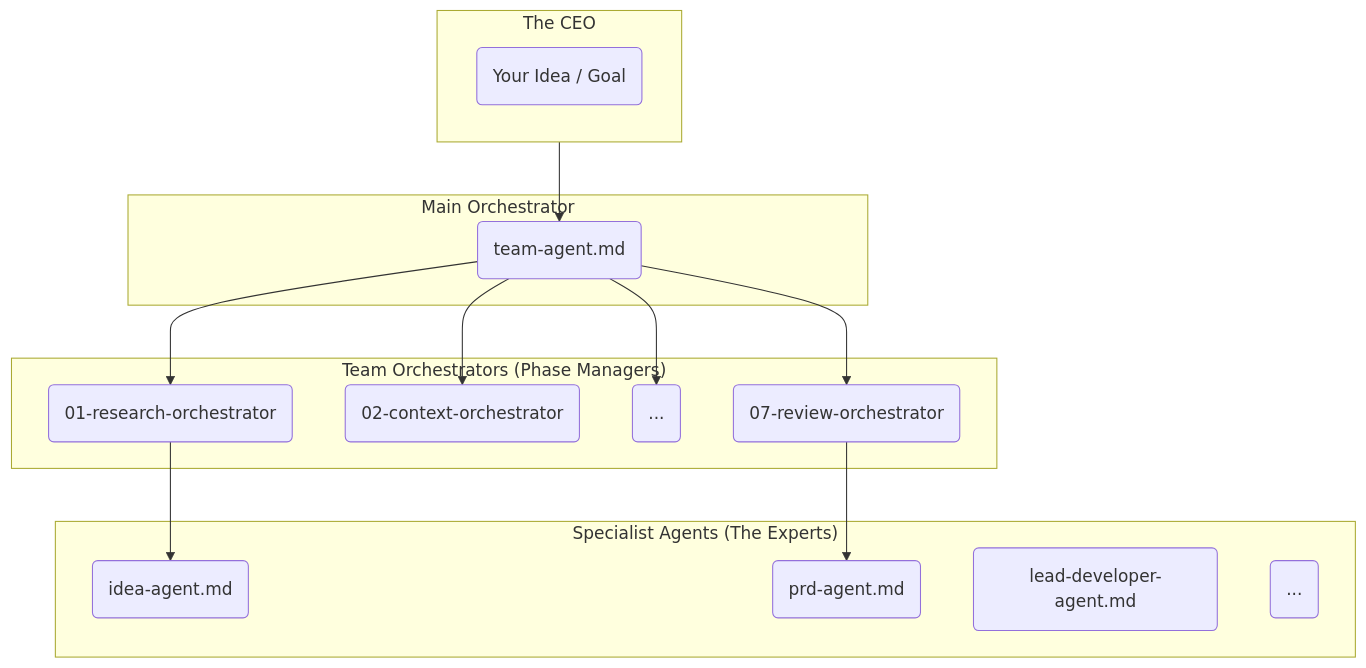
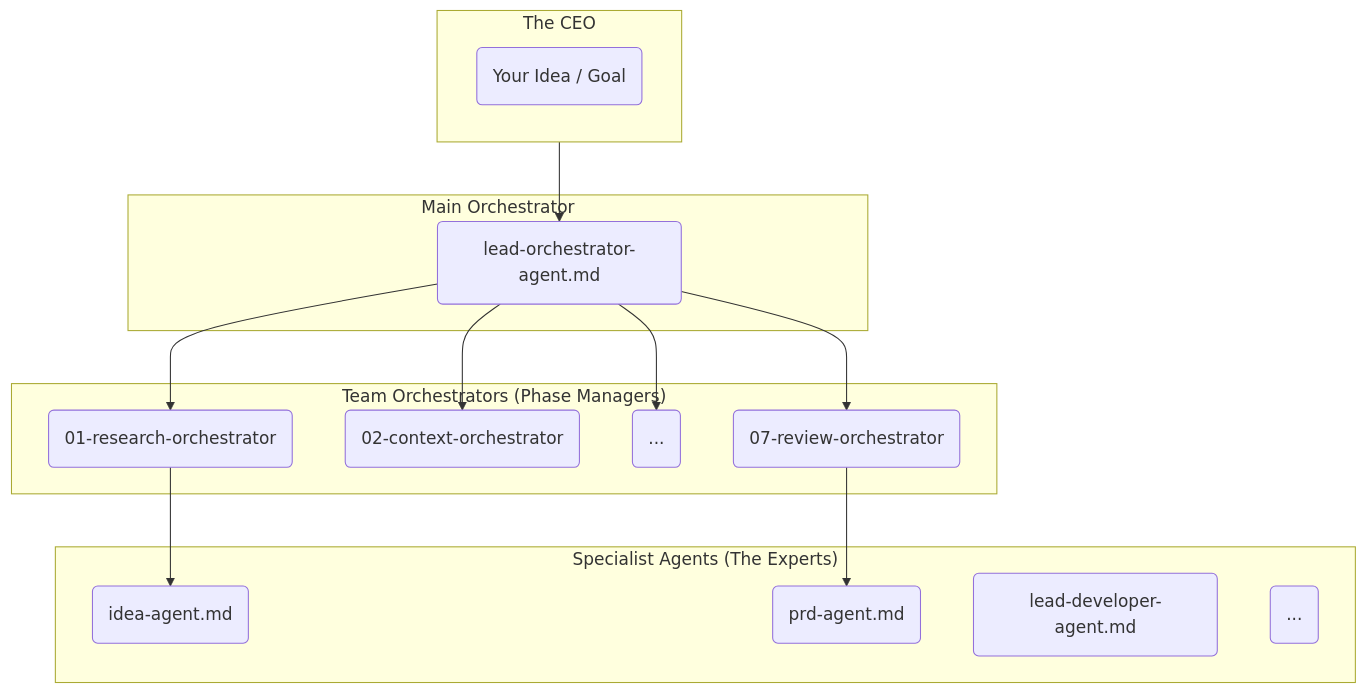
One commit to its-brianwithai/pew-pew-plx changed the first of 2 diagrams in README.md. Above: the diagram before and after it, drawn with Mermaid. The commit also changed other lines of this file and 9 other files, not shown here.

````diff
--- a/README.md
+++ b/README.md
@@ -26,30 +26,30 @@
 ```mermaid
 graph TD
     subgraph You [The CEO]
         direction LR
         A(Your Idea / Goal)
     end
 
     subgraph "Main Orchestrator"
-        B(team-agent.md)
+        B(lead-orchestrator-agent.md)
     end
 
     subgraph "Team Orchestrators (Phase Managers)"
         C(01-research-orchestrator)
         D(02-context-orchestrator)
         E(...)
         F(07-review-orchestrator)
     end
 
     subgraph "Specialist Agents (The Experts)"
         G(idea-agent.md)
         H(prd-agent.md)
         I(lead-developer-agent.md)
         J(...)
     end
 
     A --> B;
     B --> C & D & E & F;
     C --> G;
     F --> H;
 ```
````
